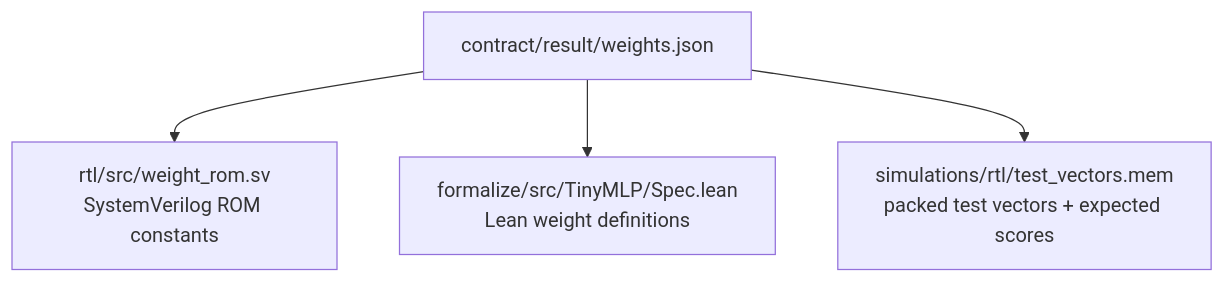
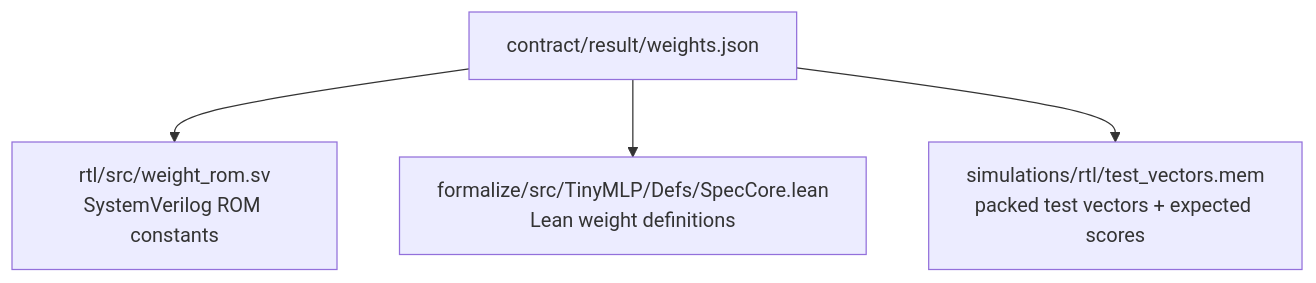
One commit to dfdgsdfg/ann-rtl-lean-poc changed the second of 6 diagrams in docs/from-ann-to-proven-hardware.md. Above: the diagram before and after it, drawn with Mermaid. The commit also changed other lines of this file and 33 other files, not shown here.

First line of the commit message:
Add RTL reactive synthesis pipeline and update Lean spec path

````diff
--- a/docs/from-ann-to-proven-hardware.md
+++ b/docs/from-ann-to-proven-hardware.md
@@ -78,6 +78,6 @@
 ```mermaid
 graph TD
     W[contract/result/weights.json] --> ROM["rtl/src/weight_rom.sv<br/>SystemVerilog ROM constants"]
-    W --> SPEC["formalize/src/TinyMLP/Spec.lean<br/>Lean weight definitions"]
+    W --> SPEC["formalize/src/TinyMLP/Defs/SpecCore.lean<br/>Lean weight definitions"]
     W --> VEC["simulations/rtl/test_vectors.mem<br/>packed test vectors + expected scores"]
 ```
````
